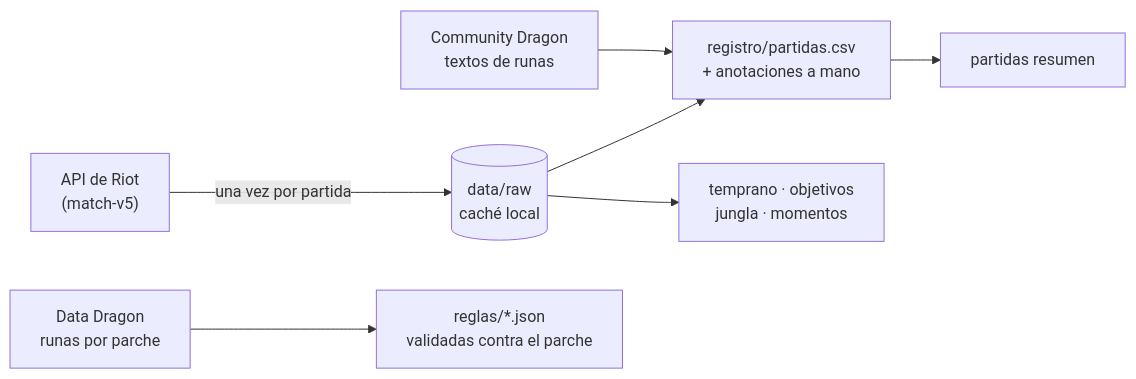
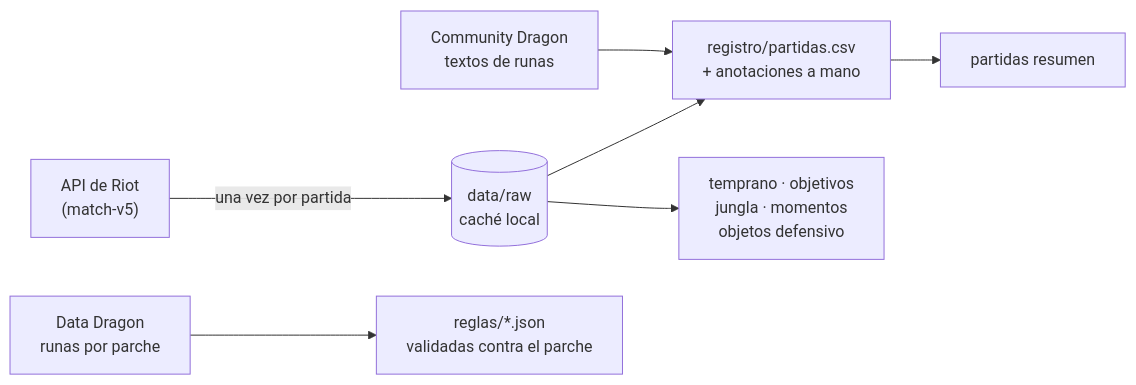
Before and after one commit to LeonidasDiaz/kindred-lab: the diagram in README.md, drawn with Mermaid. The commit also changed other lines of this file and 22 other files, not shown here.

````diff
--- a/README.md
+++ b/README.md
@@ -23,9 +23,9 @@
 ```mermaid
 flowchart LR
     API["API de Riot<br/>(match-v5)"] -->|una vez por partida| RAW[("data/raw<br/>caché local")]
     RAW --> REG["registro/partidas.csv<br/>+ anotaciones a mano"]
     CD["Community Dragon<br/>textos de runas"] --> REG
     DD["Data Dragon<br/>runas por parche"] --> REGLAS["reglas/*.json<br/>validadas contra el parche"]
     REG --> RES["partidas resumen"]
-    RAW --> EXTRA["temprano · objetivos<br/>jungla · momentos"]
+    RAW --> EXTRA["temprano · objetivos<br/>jungla · momentos<br/>objetos defensivo"]
 ```
````
